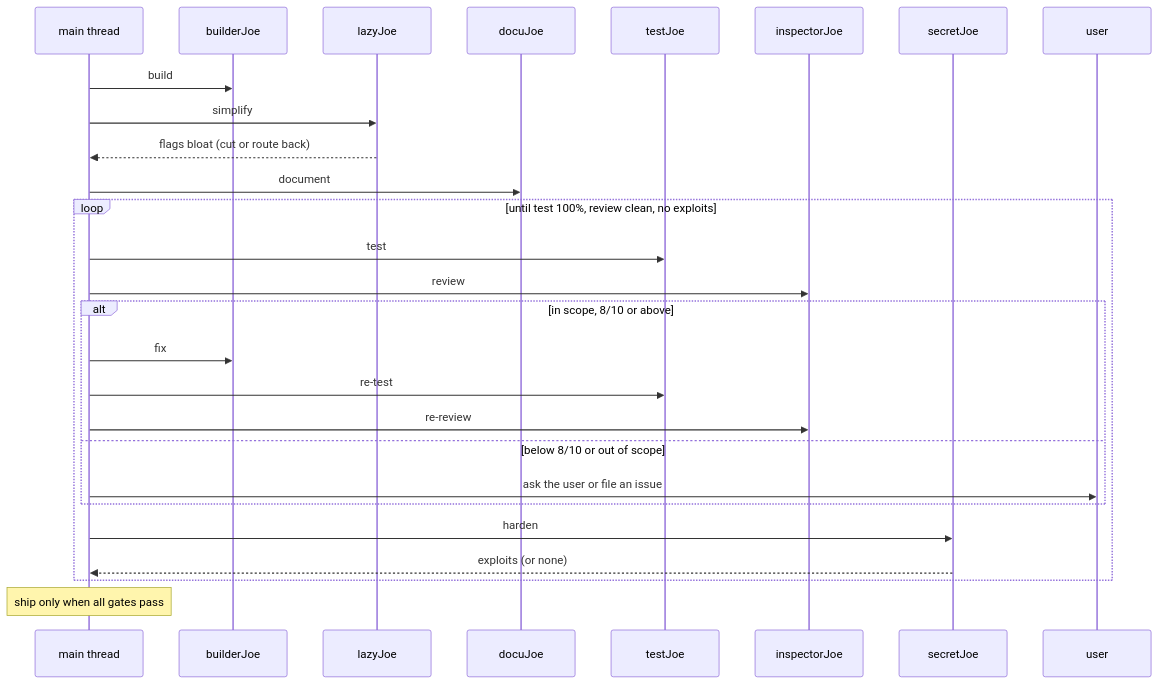
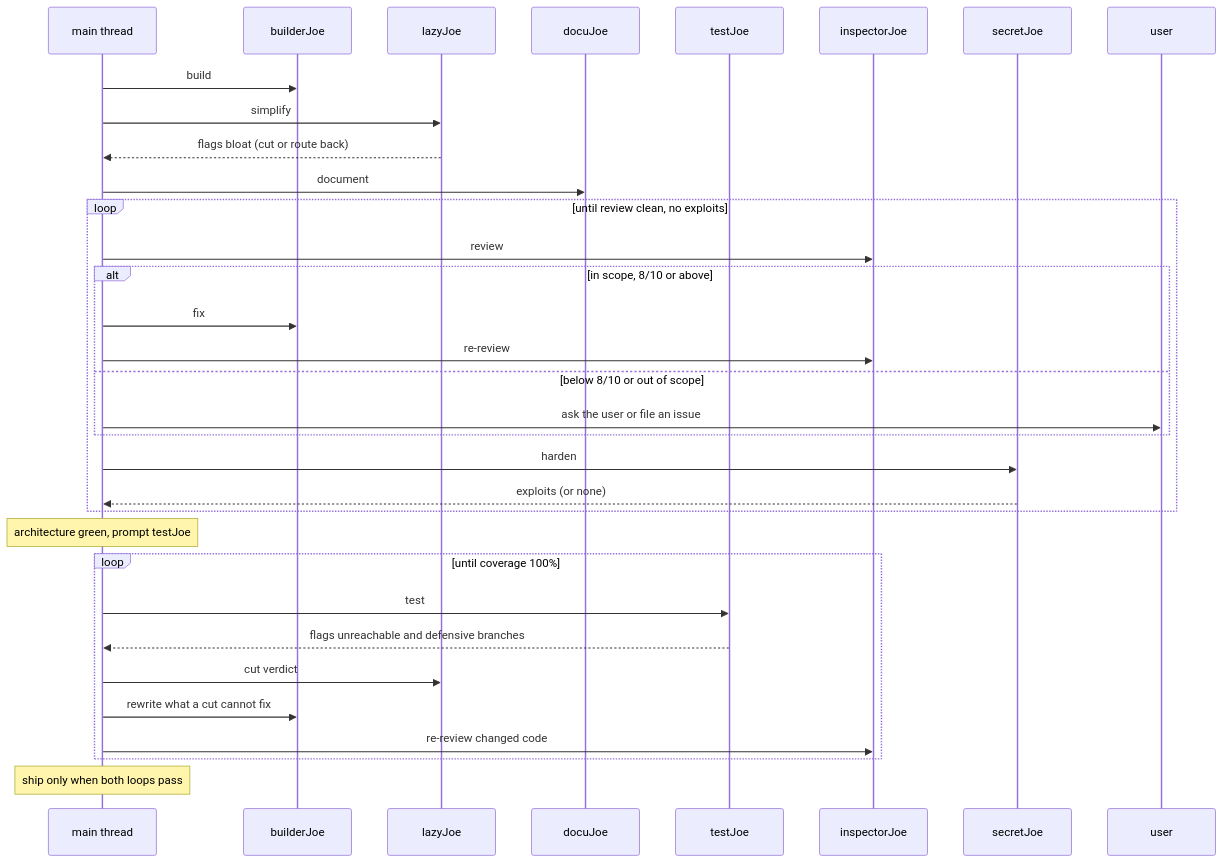
One commit to codingjoe/superjoe changed the diagram in skills/superjoe/SKILL.md. Above: the diagram before and after it, drawn with Mermaid. The commit also changed other lines of this file and 3 other files, not shown here.

First line of the commit message:
Move testJoe out of the architecture loop

````diff
--- a/skills/superjoe/SKILL.md
+++ b/skills/superjoe/SKILL.md
@@ -117,30 +135,36 @@
 ```mermaid
 sequenceDiagram
     participant Main as main thread
     participant B as builderJoe
     participant L as lazyJoe
     participant D as docuJoe
     participant T as testJoe
     participant I as inspectorJoe
     participant S as secretJoe
     participant U as user
 
     Main->>B: build
     Main->>L: simplify
     L-->>Main: flags bloat (cut or route back)
     Main->>D: document
-    loop until test 100%, review clean, no exploits
-        Main->>T: test
+    loop until review clean, no exploits
         Main->>I: review
         alt in scope, 8/10 or above
             Main->>B: fix
-            Main->>T: re-test
             Main->>I: re-review
         else below 8/10 or out of scope
             Main->>U: ask the user or file an issue
         end
         Main->>S: harden
         S-->>Main: exploits (or none)
     end
-    Note over Main: ship only when all gates pass
+    Note over Main: architecture green, prompt testJoe
+    loop until coverage 100%
+        Main->>T: test
+        T-->>Main: flags unreachable and defensive branches
+        Main->>L: cut verdict
+        Main->>B: rewrite what a cut cannot fix
+        Main->>I: re-review changed code
+    end
+    Note over Main: ship only when both loops pass
 ```
````
